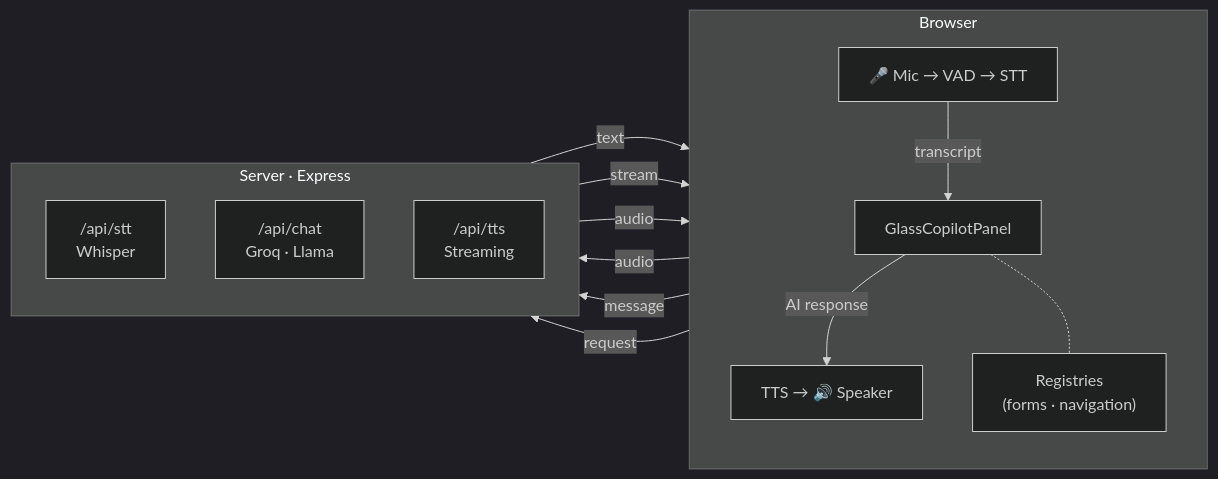
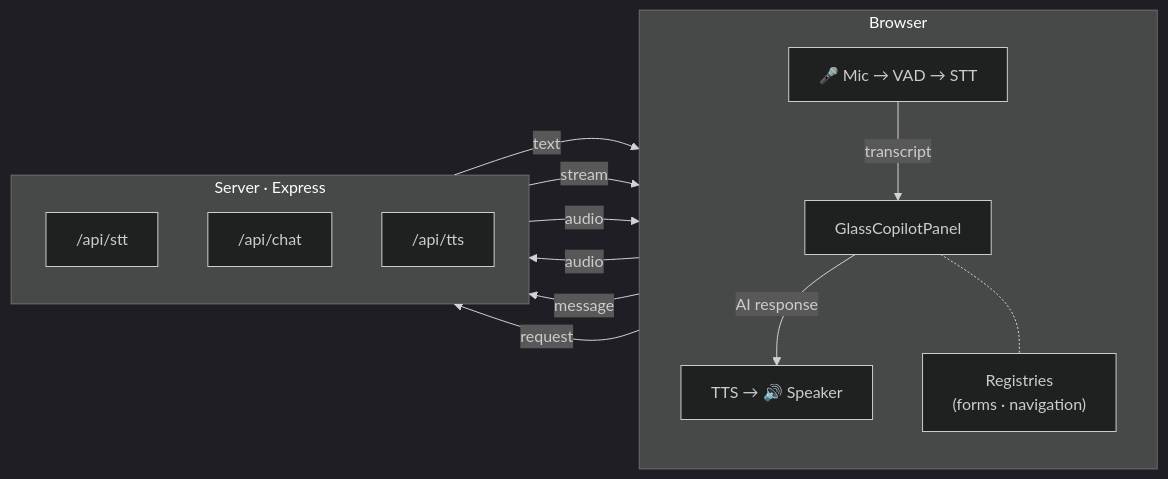
One commit to unctad-ai/voice-agent-kit changed the diagram in README.md. Above: the diagram before and after it, drawn with Mermaid (dark theme). The commit also changed other lines of this file, not shown here.

Commit message:
docs: fix incorrect provider names in architecture diagram and pipeline

````diff
--- a/README.md
+++ b/README.md
@@ -117,26 +117,26 @@
 ```mermaid
 flowchart LR
     subgraph CLIENT [" Browser "]
         direction TB
         A["🎤 Mic → VAD → STT"]
         B["GlassCopilotPanel"]
         C["TTS → 🔊 Speaker"]
         A -- transcript --> B
         B -- AI response --> C
         B -.- D["Registries\n(forms · navigation)"]
     end
 
     subgraph SERVER [" Server · Express "]
         direction TB
-        S1["/api/stt\nWhisper"]
-        S2["/api/chat\nGroq · Llama"]
-        S3["/api/tts\nStreaming"]
+        S1["/api/stt"]
+        S2["/api/chat"]
+        S3["/api/tts"]
     end
 
     A -- "audio" --> S1
     S1 -- "text" --> A
     B -- "message" --> S2
     S2 -- "stream" --> B
     C -- "request" --> S3
     S3 -- "audio" --> C
 ```
````
